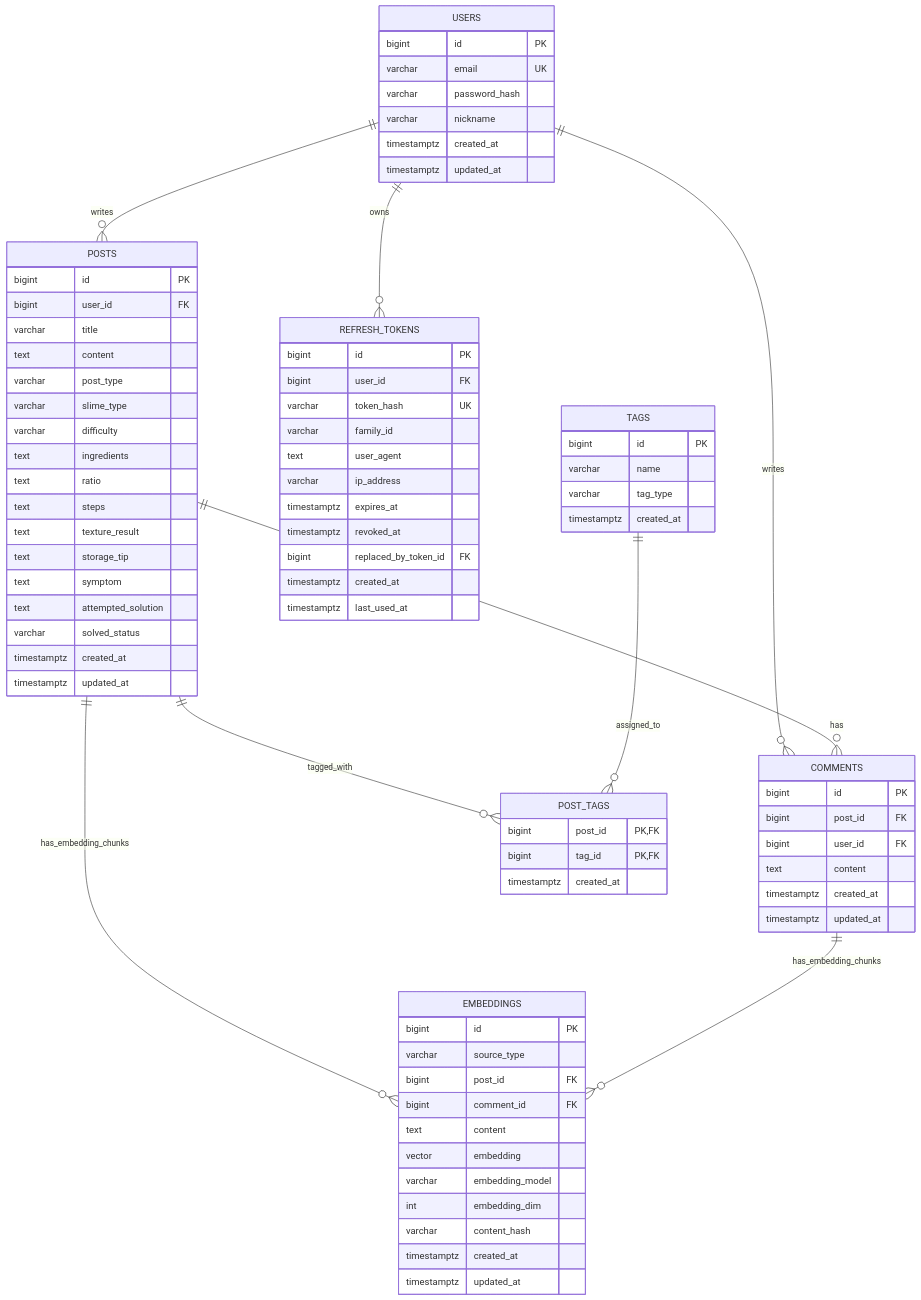
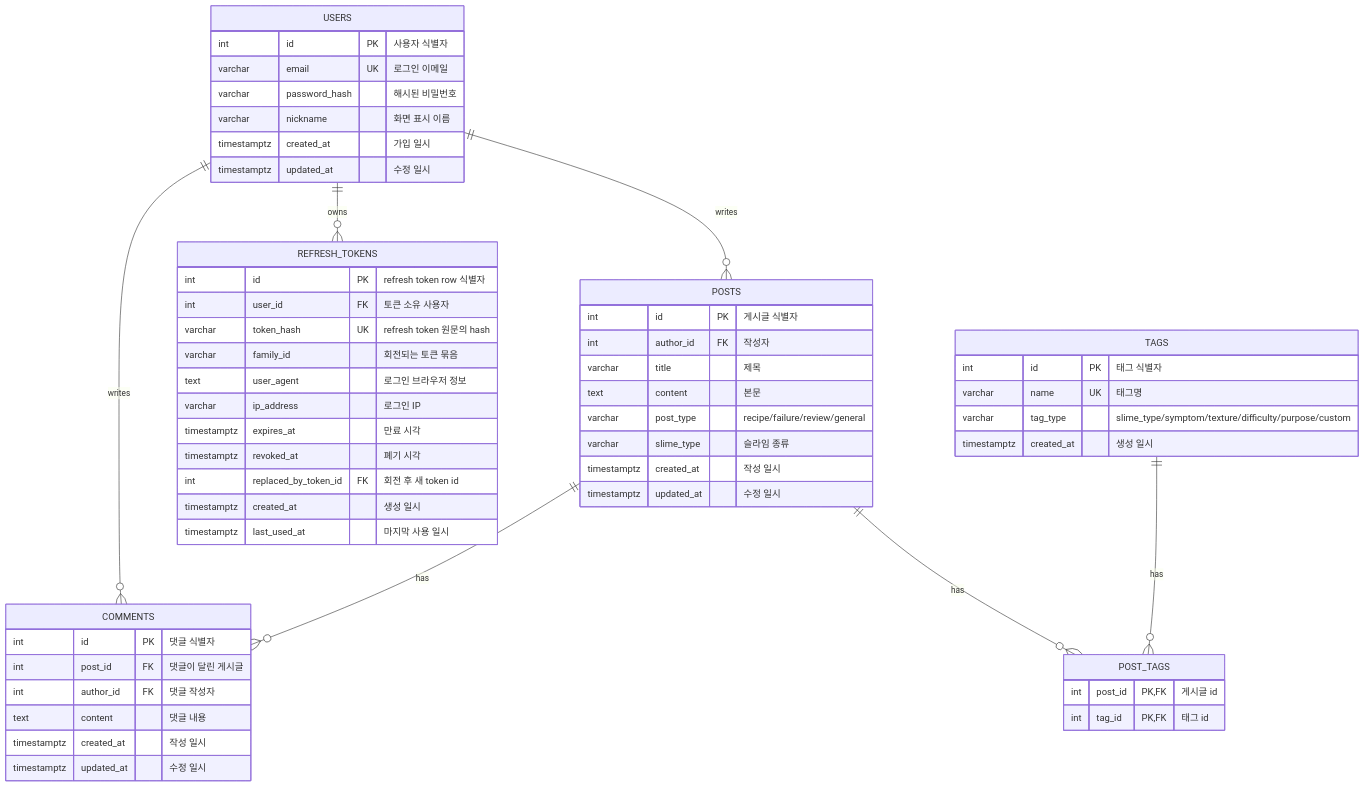
Before and after one commit to devhyun05/jungle-week15-16-302-team5-hub: the diagram in docs/db_erd.md, drawn with Mermaid. The commit also changed other lines of this file and 32 other files, not shown here.

````diff
--- a/docs/db_erd.md
+++ b/docs/db_erd.md
@@ -74,87 +22,61 @@
     USERS ||--o{ COMMENTS : writes
     USERS ||--o{ REFRESH_TOKENS : owns
     POSTS ||--o{ COMMENTS : has
-    POSTS ||--o{ POST_TAGS : tagged_with
-    TAGS ||--o{ POST_TAGS : assigned_to
-    POSTS ||--o{ EMBEDDINGS : has_embedding_chunks
-    COMMENTS ||--o{ EMBEDDINGS : has_embedding_chunks
+    POSTS ||--o{ POST_TAGS : has
+    TAGS ||--o{ POST_TAGS : has
 
     USERS {
-      bigint id PK
-      varchar email UK
-      varchar password_hash
-      varchar nickname
-      timestamptz created_at
-      timestamptz updated_at
+      int id PK "사용자 식별자"
+      varchar email UK "로그인 이메일"
+      varchar password_hash "해시된 비밀번호"
+      varchar nickname "화면 표시 이름"
+      timestamptz created_at "가입 일시"
+      timestamptz updated_at "수정 일시"
     }
 
     REFRESH_TOKENS {
-      bigint id PK
-      bigint user_id FK
-      varchar token_hash UK
-      varchar family_id
-      text user_agent
-      varchar ip_address
-      timestamptz expires_at
-      timestamptz revoked_at
-      bigint replaced_by_token_id FK
-      timestamptz created_at
-      timestamptz last_used_at
+      int id PK "refresh token row 식별자"
+      int user_id FK "토큰 소유 사용자"
+      varchar token_hash UK "refresh token 원문의 hash"
+      varchar family_id "회전되는 토큰 묶음"
+      text user_agent "로그인 브라우저 정보"
+      varchar ip_address "로그인 IP"
+      timestamptz expires_at "만료 시각"
+      timestamptz revoked_at "폐기 시각"
+      int replaced_by_token_id FK "회전 후 새 token id"
+      timestamptz created_at "생성 일시"
+      timestamptz last_used_at "마지막 사용 일시"
     }
 
     POSTS {
-      bigint id PK
-      bigint user_id FK
-      varchar title
-      text content
-      varchar post_type
-      varchar slime_type
-      varchar difficulty
-      text ingredients
-      text ratio
-      text steps
-      text texture_result
-      text storage_tip
-      text symptom
-      text attempted_solution
-      varchar solved_status
-      timestamptz created_at
-      timestamptz updated_at
+      int id PK "게시글 식별자"
+      int author_id FK "작성자"
+      varchar title "제목"
+      text content "본문"
+      varchar post_type "recipe/failure/review/general"
+      varchar slime_type "슬라임 종류"
+      timestamptz created_at "작성 일시"
+      timestamptz updated_at "수정 일시"
     }
 
     COMMENTS {
-      bigint id PK
-      bigint post_id FK
-      bigint user_id FK
-      text content
-      timestamptz created_at
-      timestamptz updated_at
+      int id PK "댓글 식별자"
+      int post_id FK "댓글이 달린 게시글"
+      int author_id FK "댓글 작성자"
+      text content "댓글 내용"
+      timestamptz created_at "작성 일시"
+      timestamptz updated_at "수정 일시"
     }
 
     TAGS {
-      bigint id PK
-      varchar name
-      varchar tag_type
-      timestamptz created_at
+      int id PK "태그 식별자"
+      varchar name UK "태그명"
+      varchar tag_type "slime_type/symptom/texture/difficulty/purpose/custom"
+      timestamptz created_at "생성 일시"
     }
 
     POST_TAGS {
-      bigint post_id PK,FK
-      bigint tag_id PK,FK
-      timestamptz created_at
-    }
-
-    EMBEDDINGS {
-      bigint id PK
-      varchar source_type
-      bigint post_id FK
-      bigint comment_id FK
-      text content
-      vector embedding
-      varchar embedding_model
-      int embedding_dim
-      varchar content_hash
-      timestamptz created_at
-      timestamptz updated_at
+      int post_id PK,FK "게시글 id"
+      int tag_id PK,FK "태그 id"
     }
 ```
````
